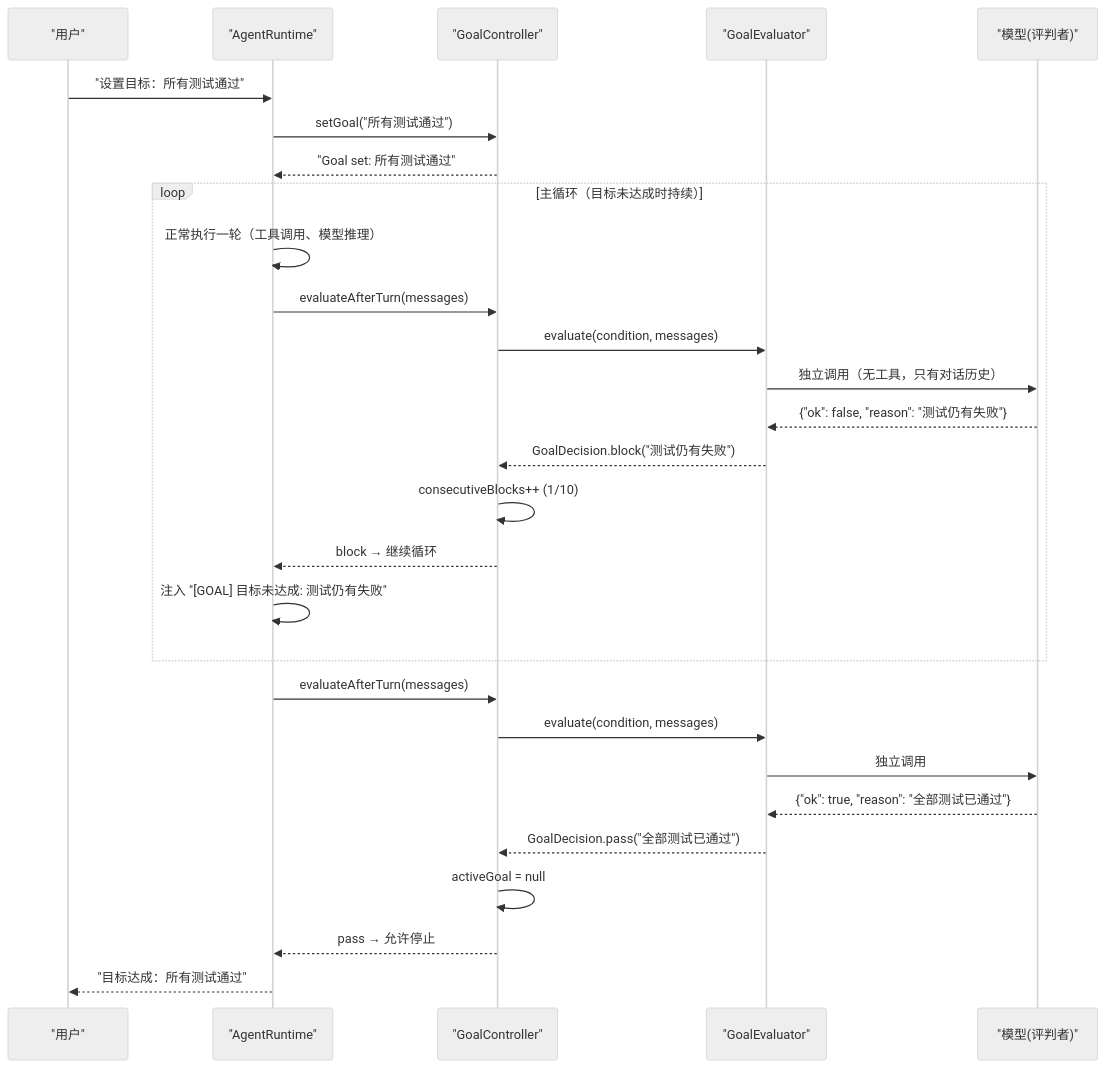
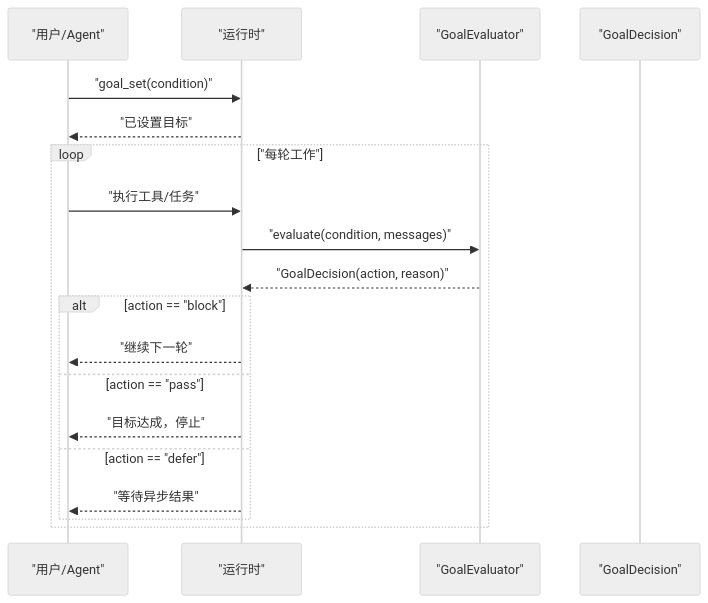
Before and after one commit to chenlds1994/learn-claude-code-java: the second of 6 diagrams in .qoder/repowiki/zh/content/学习阶段详解/S17_ 目标循环.md, drawn with Mermaid (neutral theme). The commit also changed other lines of this file and 143 other files, not shown here.

First line of the commit message:
更新 repowiki 与 drawio 教程图至 17 阶段结构

````diff
--- a/.qoder/repowiki/zh/content/学习阶段详解/S17_ 目标循环.md
+++ b/.qoder/repowiki/zh/content/学习阶段详解/S17_ 目标循环.md
@@ -105,30 +89,21 @@
 ```mermaid
 sequenceDiagram
-participant U as "用户"
-participant RT as "AgentRuntime"
-participant GC as "GoalController"
-participant GE as "GoalEvaluator"
-participant LLM as "模型(评判者)"
-U->>RT : "设置目标：所有测试通过"
-RT->>GC : setGoal("所有测试通过")
-GC-->>RT : "Goal set: 所有测试通过"
-loop 主循环（目标未达成时持续）
-RT->>RT : 正常执行一轮（工具调用、模型推理）
-RT->>GC : evaluateAfterTurn(messages)
-GC->>GE : evaluate(condition, messages)
-GE->>LLM : 独立调用（无工具，只有对话历史）
-LLM-->>GE : {"ok": false, "reason": "测试仍有失败"}
-GE-->>GC : GoalDecision.block("测试仍有失败")
-GC->>GC : consecutiveBlocks++ (1/10)
-GC-->>RT : block → 继续循环
-RT->>RT : 注入 "[GOAL] 目标未达成: 测试仍有失败"
+participant U as "用户/Agent"
+participant R as "运行时"
+participant G as "GoalEvaluator"
+participant D as "GoalDecision"
+U->>R : "goal_set(condition)"
+R-->>U : "已设置目标"
+loop "每轮工作"
+U->>R : "执行工具/任务"
+R->>G : "evaluate(condition, messages)"
+G-->>R : "GoalDecision(action, reason)"
+alt action == "block"
+R-->>U : "继续下一轮"
+else action == "pass"
+R-->>U : "目标达成，停止"
+else action == "defer"
+R-->>U : "等待异步结果"
 end
-RT->>GC : evaluateAfterTurn(messages)
-GC->>GE : evaluate(condition, messages)
-GE->>LLM : 独立调用
-LLM-->>GE : {"ok": true, "reason": "全部测试已通过"}
-GE-->>GC : GoalDecision.pass("全部测试已通过")
-GC->>GC : activeGoal = null
-GC-->>RT : pass → 允许停止
-RT-->>U : "目标达成：所有测试通过"
+end
 ```
````
